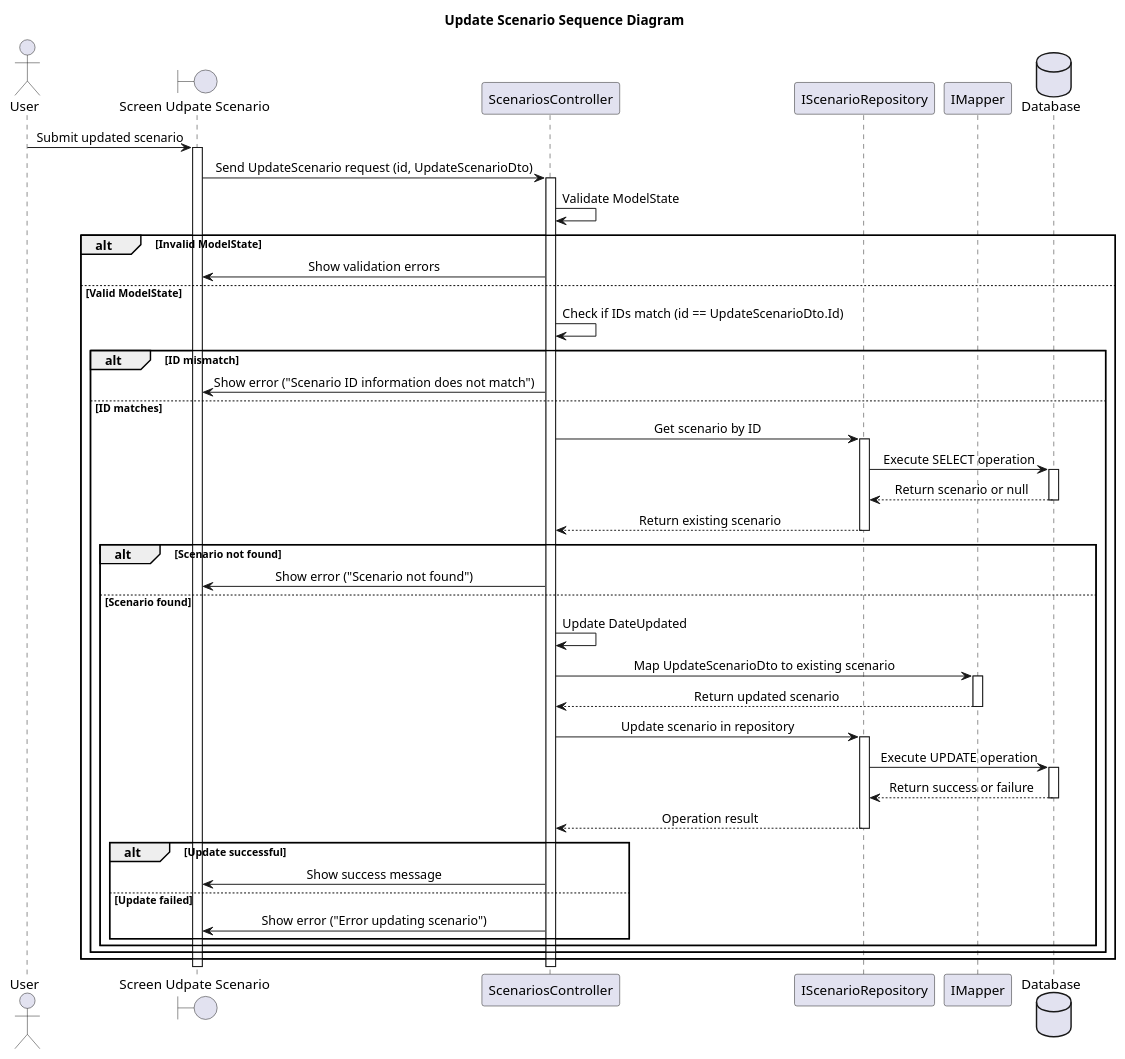
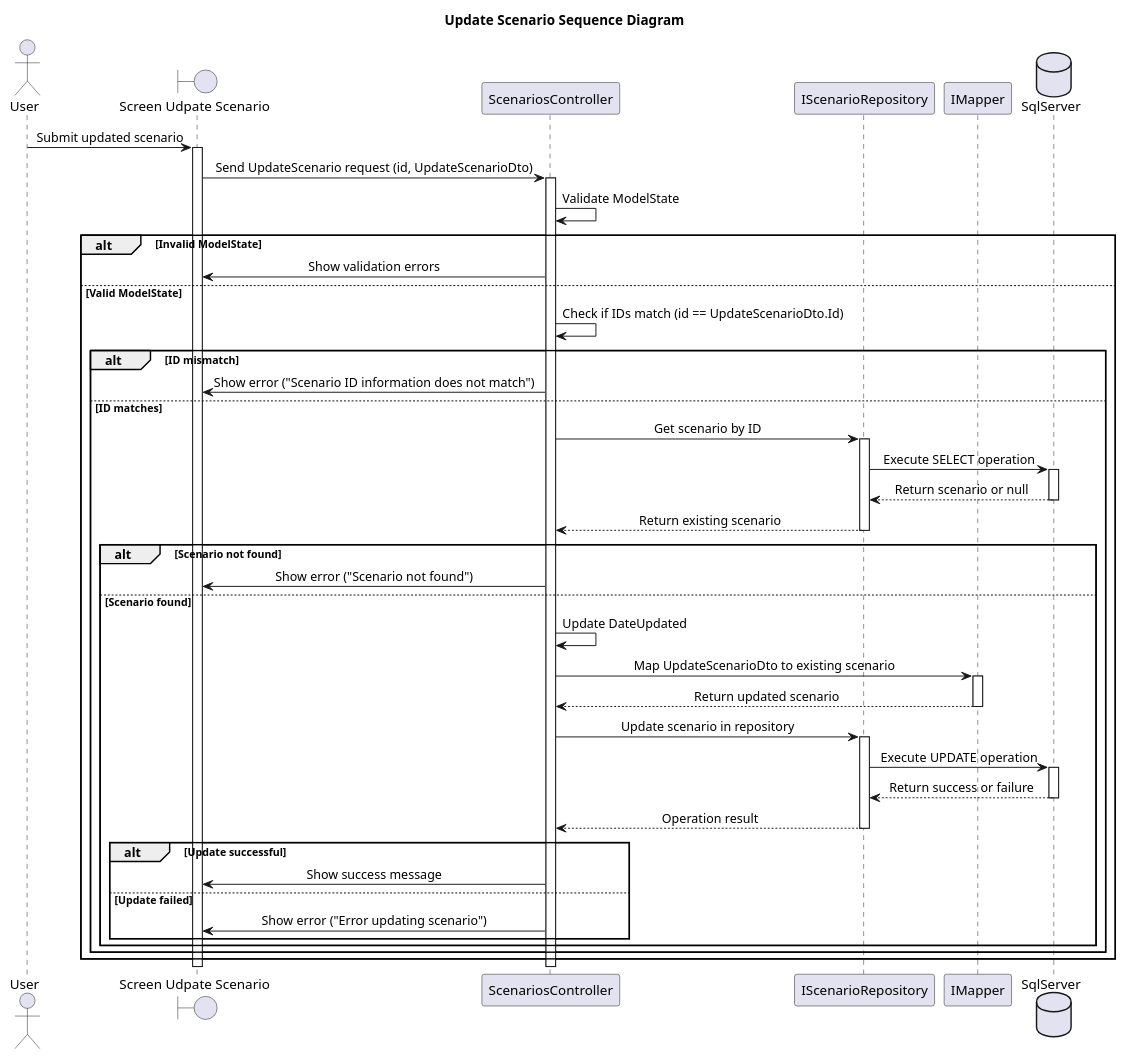
The diagram in ClassDiagram/ScenarioManagement/UpdateScenarioSequenceDiagram.plantuml (Caothuludau/InSyncDocument), drawn with PlantUML before and after one commit. The commit also changed 40 other files, not shown here.

Commit message:
vẽ clas sequence diagram document , cate, page

```diff
--- a/ClassDiagram/ScenarioManagement/UpdateScenarioSequenceDiagram.plantuml
+++ b/ClassDiagram/ScenarioManagement/UpdateScenarioSequenceDiagram.plantuml
@@ -1,63 +1,63 @@
 @startuml UpdateScenarioSequenceDiagram
 skinparam SequenceMessageAlignment center
 Title Update Scenario Sequence Diagram
 actor "User" as U
 boundary "Screen Udpate Scenario" as Screen
 participant "ScenariosController" as SC
 participant "IScenarioRepository" as Repo
 participant "IMapper" as Mapper
 
-database "Database" as DB
+database "SqlServer" as DB
 
 U -> Screen : Submit updated scenario
 activate Screen
 Screen -> SC : Send UpdateScenario request (id, UpdateScenarioDto)
 activate SC
 
 
     SC -> SC : Validate ModelState
     alt Invalid ModelState
         SC -> Screen : Show validation errors
     else Valid ModelState
         SC -> SC : Check if IDs match (id == UpdateScenarioDto.Id)
         alt ID mismatch
             SC -> Screen : Show error ("Scenario ID information does not match")
         else ID matches
             SC -> Repo : Get scenario by ID
             activate Repo
             Repo -> DB : Execute SELECT operation
             activate DB
             DB --> Repo : Return scenario or null
             deactivate DB
             Repo --> SC : Return existing scenario
             deactivate Repo
 
             alt Scenario not found
                 SC -> Screen : Show error ("Scenario not found")
             else Scenario found
                 SC -> SC : Update DateUpdated
                 SC -> Mapper : Map UpdateScenarioDto to existing scenario
                 activate Mapper
                 Mapper --> SC : Return updated scenario
                 deactivate Mapper
 
                 SC -> Repo : Update scenario in repository
                 activate Repo
                 Repo -> DB : Execute UPDATE operation
                 activate DB
                 DB --> Repo : Return success or failure
                 deactivate DB
                 Repo --> SC : Operation result
                 deactivate Repo
 
                 alt Update successful 
                     SC -> Screen : Show success message
                 else Update failed
                     SC -> Screen : Show error ("Error updating scenario")
                 end
             end
         end
     end
 
 
 @enduml
```
